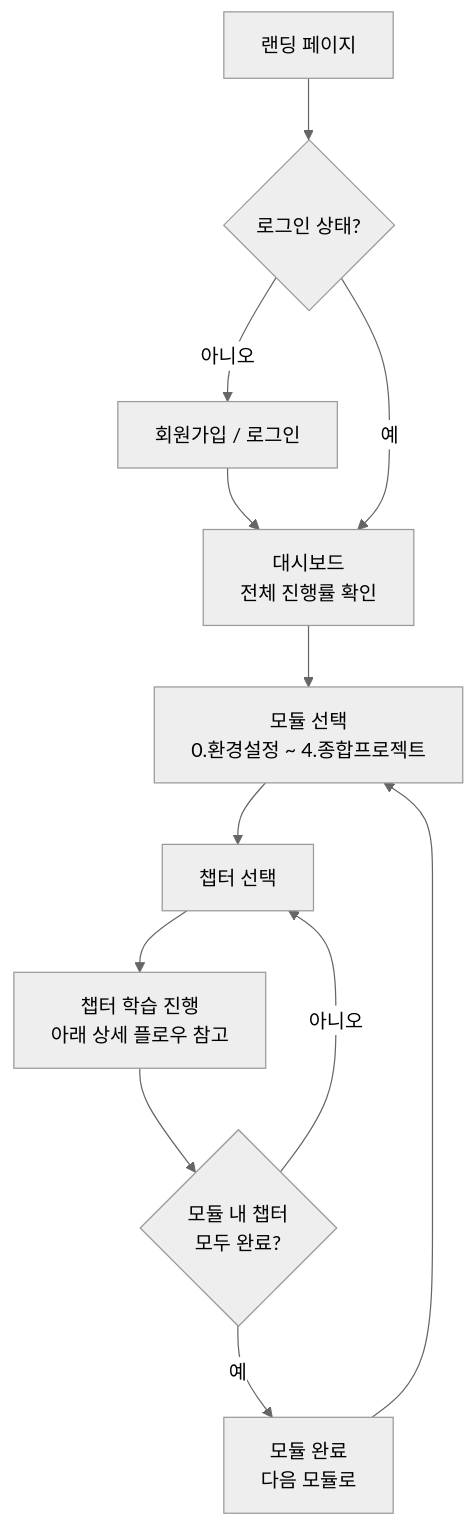
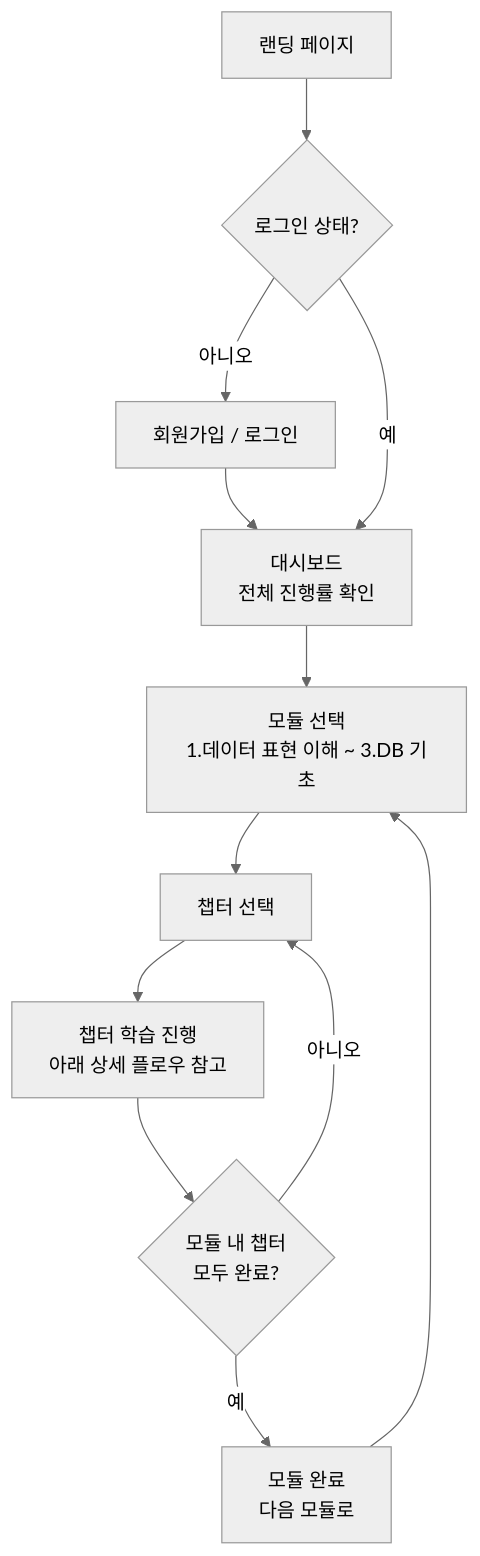
Before and after one commit to jjjuni-0818/data-learning-lab: the first of 2 diagrams in README.md, drawn with Mermaid (neutral theme). The commit also changed other lines of this file and 3 other files, not shown here.

````diff
--- a/README.md
+++ b/README.md
@@ -15,14 +15,14 @@
 ```mermaid
 flowchart TD
     A[랜딩 페이지] --> B{로그인 상태?}
     B -- 아니오 --> C[회원가입 / 로그인]
     C --> D[대시보드<br/>전체 진행률 확인]
     B -- 예 --> D
-    D --> E[모듈 선택<br/>0.환경설정 ~ 4.종합프로젝트]
+    D --> E[모듈 선택<br/>1.데이터 표현 이해 ~ 3.DB 기초]
     E --> F[챕터 선택]
     F --> G[챕터 학습 진행<br/>아래 상세 플로우 참고]
     G --> H{모듈 내 챕터<br/>모두 완료?}
     H -- 아니오 --> F
     H -- 예 --> I[모듈 완료<br/>다음 모듈로]
     I --> E
 ```
````
